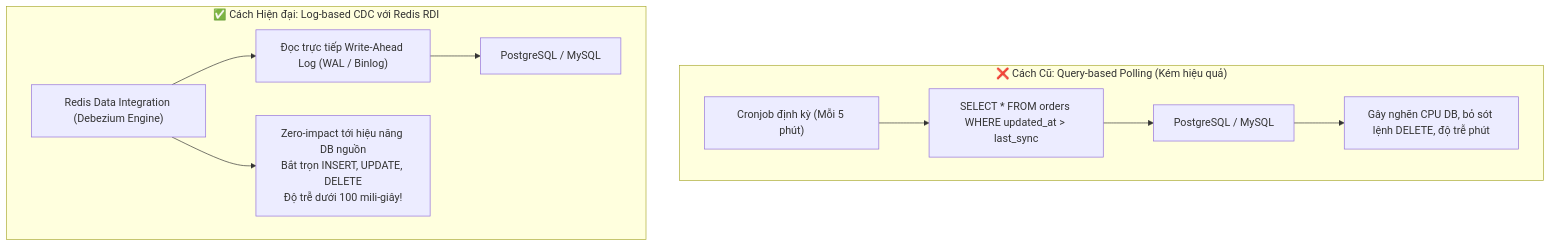
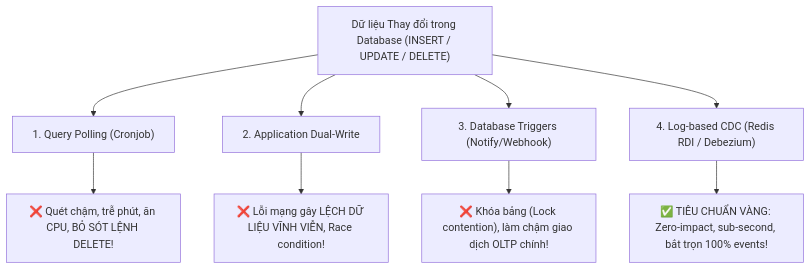
The first of 6 diagrams in 3-redis-iris-platform/5-redis-data-integration-rdi.md (hieutran0204/Redis_Iris), drawn with Mermaid before and after one commit. The commit also changed other lines of this file and 5 other files, not shown here.

````diff
--- a/3-redis-iris-platform/5-redis-data-integration-rdi.md
+++ b/3-redis-iris-platform/5-redis-data-integration-rdi.md
@@ -23,14 +25,14 @@
 ```mermaid
 graph TD
-    subgraph Polling["❌ Cách Cũ: Query-based Polling (Kém hiệu quả)"]
-        Cron["Cronjob định kỳ (Mỗi 5 phút)"] --> Q["SELECT * FROM orders WHERE updated_at > last_sync"]
-        Q --> DB1["PostgreSQL / MySQL"]
-        DB1 --> Slow["Gây nghẽn CPU DB, bỏ sót lệnh DELETE, độ trễ phút"]
-    end
+    DataChange["Dữ liệu Thay đổi trong Database (INSERT / UPDATE / DELETE)"]
+    
+    DataChange --> M1["1. Query Polling (Cronjob)"]
+    DataChange --> M2["2. Application Dual-Write"]
+    DataChange --> M3["3. Database Triggers (Notify/Webhook)"]
+    DataChange --> M4["4. Log-based CDC (Redis RDI / Debezium)"]
 
-    subgraph CDC["✅ Cách Hiện đại: Log-based CDC với Redis RDI"]
-        RDI["Redis Data Integration (Debezium Engine)"] --> WAL["Đọc trực tiếp Write-Ahead Log (WAL / Binlog)"]
-        WAL --> DB2["PostgreSQL / MySQL"]
-        RDI --> Fast["Zero-impact tới hiệu năng DB nguồn<br/>Bắt trọn INSERT, UPDATE, DELETE<br/>Độ trễ dưới 100 mili-giây!"]
-    end
+    M1 --> D1["❌ Quét chậm, trễ phút, ăn CPU, BỎ SÓT LỆNH DELETE!"]
+    M2 --> D2["❌ Lỗi mạng gây LỆCH DỮ LIỆU VĨNH VIỄN, Race condition!"]
+    M3 --> D3["❌ Khóa bảng (Lock contention), làm chậm giao dịch OLTP chính!"]
+    M4 --> D4["✅ TIÊU CHUẨN VÀNG: Zero-impact, sub-second, bắt trọn 100% events!"]
 ```
````
